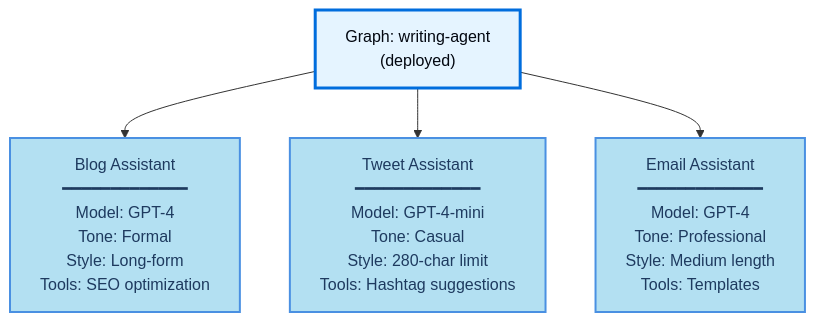
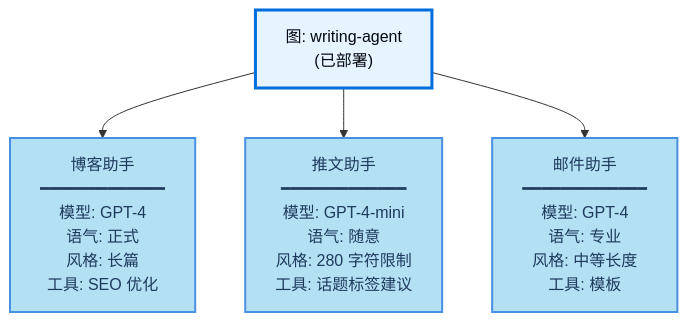
Before and after one commit to kunfan96/cndocs-langchain: the second of 2 diagrams in langsmith/assistants.mdx, drawn with Mermaid. The commit also changed other lines of this file and 2498 other files, not shown here.

````diff
--- a/langsmith/assistants.mdx
+++ b/langsmith/assistants.mdx
@@ -99,12 +98,12 @@
 ```mermaid actions={false}
 graph TD
-    A["Graph: writing-agent<br/>(deployed)"]
-    A --> B["Blog Assistant<br/>━━━━━━━━━━━━━<br/>Model: GPT-4<br/>Tone: Formal<br/>Style: Long-form<br/>Tools: SEO optimization"]
-    A --> C["Tweet Assistant<br/>━━━━━━━━━━━━━<br/>Model: GPT-4-mini<br/>Tone: Casual<br/>Style: 280-char limit<br/>Tools: Hashtag suggestions"]
-    A --> D["Email Assistant<br/>━━━━━━━━━━━━━<br/>Model: GPT-4<br/>Tone: Professional<br/>Style: Medium length<br/>Tools: Templates"]
+    A["图: writing-agent<br/>(已部署)"]
+    A --> B["博客助手<br/>━━━━━━━━━━━━━<br/>模型: GPT-4<br/>语气: 正式<br/>风格: 长篇<br/>工具: SEO 优化"]
+    A --> C["推文助手<br/>━━━━━━━━━━━━━<br/>模型: GPT-4-mini<br/>语气: 随意<br/>风格: 280 字符限制<br/>工具: 话题标签建议"]
+    A --> D["邮件助手<br/>━━━━━━━━━━━━━<br/>模型: GPT-4<br/>语气: 专业<br/>风格: 中等长度<br/>工具: 模板"]
 
     style A fill:#E5F4FF,stroke:#006DDD,stroke-width:3px,color:#030710
     style B fill:#B3E0F2,stroke:#4A90E2,stroke-width:2px,color:#1E3A5F
     style C fill:#B3E0F2,stroke:#4A90E2,stroke-width:2px,color:#1E3A5F
     style D fill:#B3E0F2,stroke:#4A90E2,stroke-width:2px,color:#1E3A5F
 ```
````
